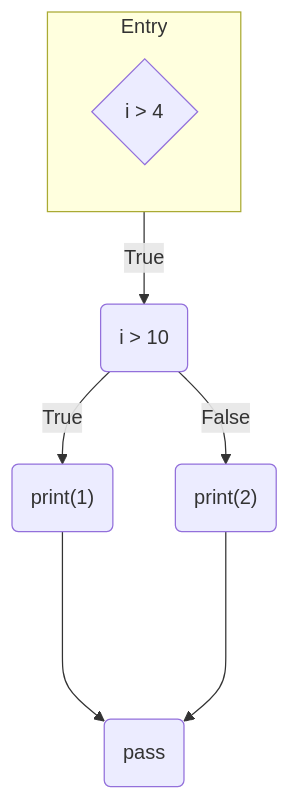
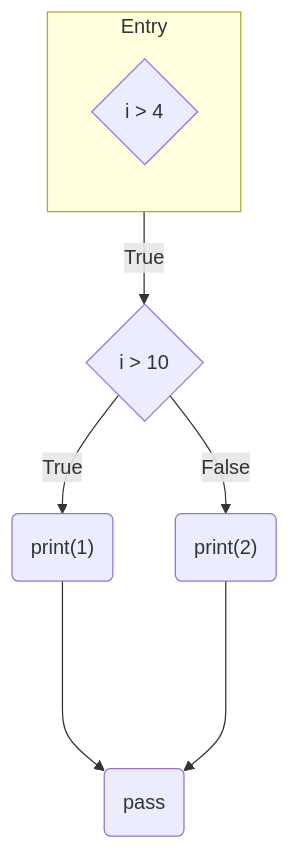
The ninth of 12 diagrams in src/content/docs/developers/fast-cfg.mdx (moosetechnology/moosetechnology.github.io), drawn with Mermaid before and after one commit. The commit also changed other lines of this file and 1 other file, not shown here.

Commit message:
Update graphs to be more explicit

````diff
--- a/src/content/docs/developers/fast-cfg.mdx
+++ b/src/content/docs/developers/fast-cfg.mdx
@@ -442,19 +445,18 @@
 ```mermaid
 flowchart TD
 	subgraph Entry
 		direction TB
-		72218624
+		1
 	end
 
-72218624{"i > 4 "}
-	72218624 -- True --> 317195520
-	317195520("i > 10 ")
-	317195520 -- True --> 1053648128
-	317195520 -- False --> 517421568
-	1053648128("print(1) ")
-	1053648128 ----> 453648128
-	453648128("pass ")
-	517421568("print(2) ")
-	517421568 ----> 453648128
-	
+	1{"i > 4 "}
+	2{"i > 10 "}
+	4("print(1) ")
+	5("print(2) ")
+	6("pass ")
+	1 -- True --> 2
+	2 -- True --> 4
+	2 -- False --> 5
+	4 ----> 6
+	5 ----> 6
 ```
````
